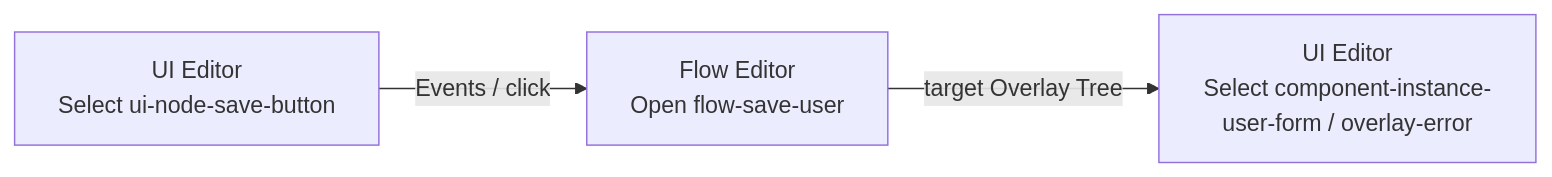
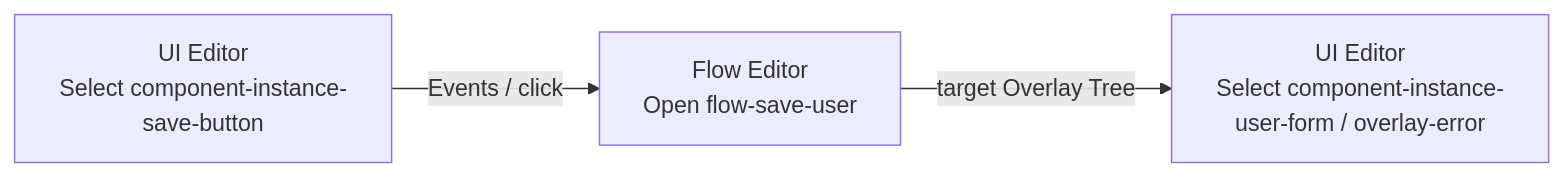
Before and after one commit to northwest-hcu/FlagShip: the first of 2 diagrams in docs/architecture/08-editor-preview-and-debugging.md, drawn with Mermaid. The commit also changed other lines of this file and 11 other files, not shown here.

Commit message:
docs: align examples with current architecture

````diff
--- a/docs/architecture/08-editor-preview-and-debugging.md
+++ b/docs/architecture/08-editor-preview-and-debugging.md
@@ -37,8 +37,8 @@
 ```mermaid
 flowchart LR
-    SelectButton["UI Editor<br/>Select ui-node-save-button"]
+    SelectButton["UI Editor<br/>Select component-instance-save-button"]
     OpenFlow["Flow Editor<br/>Open flow-save-user"]
     SelectOverlay["UI Editor<br/>Select component-instance-user-form / overlay-error"]
     SelectButton -->|"Events / click"| OpenFlow
     OpenFlow -->|"target Overlay Tree"| SelectOverlay
 ```
````
